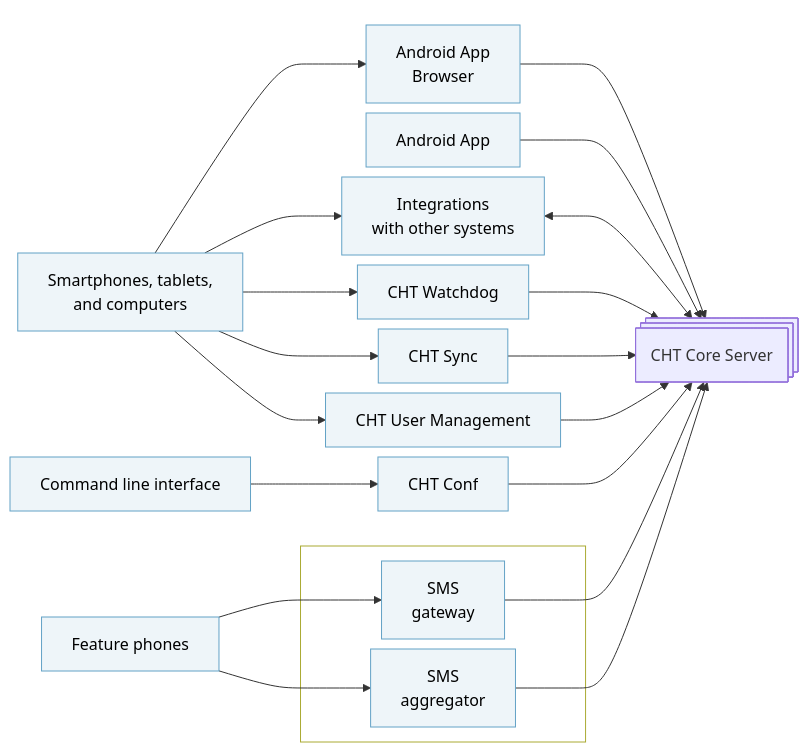
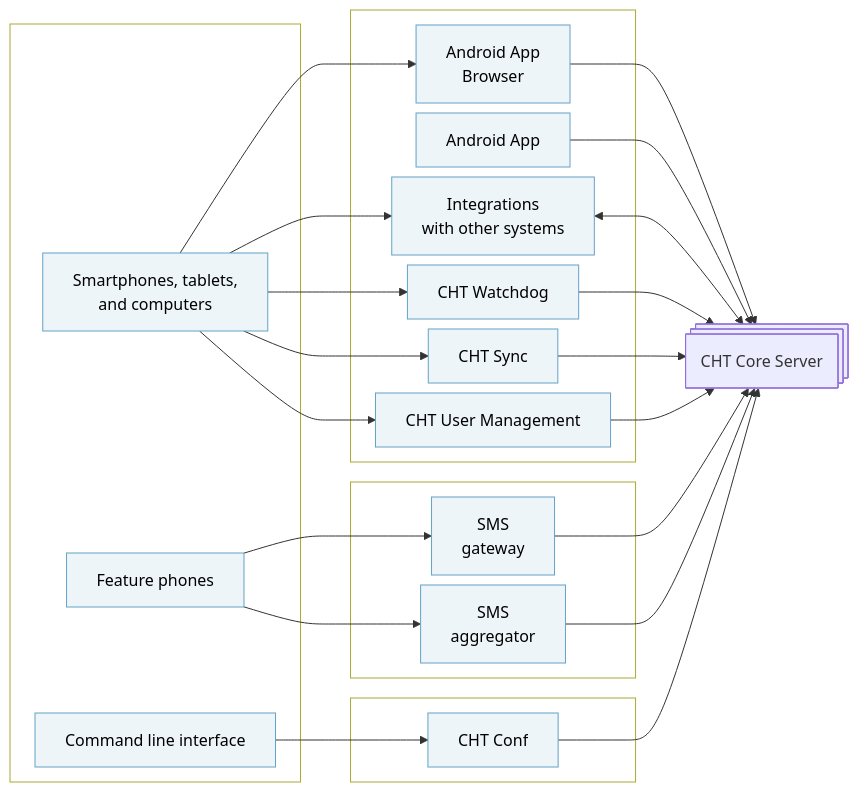
One commit to medic/cht-docs changed the diagram in content/en/technical-overview/architecture/overview.md. Above: the diagram before and after it, drawn with Mermaid.

Commit message:
Refactor architecture diagram to improve clarity

````diff
--- a/content/en/technical-overview/architecture/overview.md
+++ b/content/en/technical-overview/architecture/overview.md
@@ -11,52 +11,58 @@
 ```mermaid
 %%{init:{'flowchart':{'nodeSpacing': 10}}}%%
 flowchart LR
   classDef container stroke:#63a2c6, fill:#eef5f9, color:#000
 
-  STC[Smartphones, tablets,<br>and computers]:::container
+subgraph CLIENT[ ]
+    STC[Smartphones, tablets,<br>and computers]:::container
+    FP[Feature phones]:::container
+    CMD[Command line interface]:::container
+end
   
-subgraph Top[ ]
+subgraph APPS[ ]
     Browser[Android App<br/>Browser]:::container
     Android[Android App]:::container
     Integrations[Integrations<br>with other systems]:::container
     Watchdog[CHT Watchdog]:::container
     Sync[CHT Sync]:::container
+    UMT[CHT User Management]:::container
+end
+
+subgraph CMDL[ ]
     Conf[CHT Conf]:::container
-    UMT[CHT User Management]:::container
 end
 
 CHT@{ shape: procs, label: "CHT Core Server"}
 
-FP[Feature phones]:::container
-CMD[Command line interface]:::container
-
-subgraph BOT[ ]
+subgraph SMS[ ]
 SMSG[SMS<br/>gateway]:::container
 SMSA[SMS<br/>aggregator]:::container
 end
 
 STC --> Browser
 STC --> Integrations
 STC --> Watchdog
 STC --> Sync
 STC --> UMT
 
 Browser --> CHT
 Android --> CHT
 Integrations <--> CHT
 Watchdog --> CHT
 Sync --> CHT
 Conf --> CHT
 UMT --> CHT
 
 CMD --> Conf
 
 FP --> SMSG
 FP --> SMSA
 
 SMSG --> CHT
 SMSA --> CHT
 
-style Top fill: transparent, stroke: transparent
-style BOT fill: transparent
+style CLIENT fill: transparent 
+style APPS fill: transparent
+style CMDL fill: transparent
+style SMS fill: transparent
 ```
````
